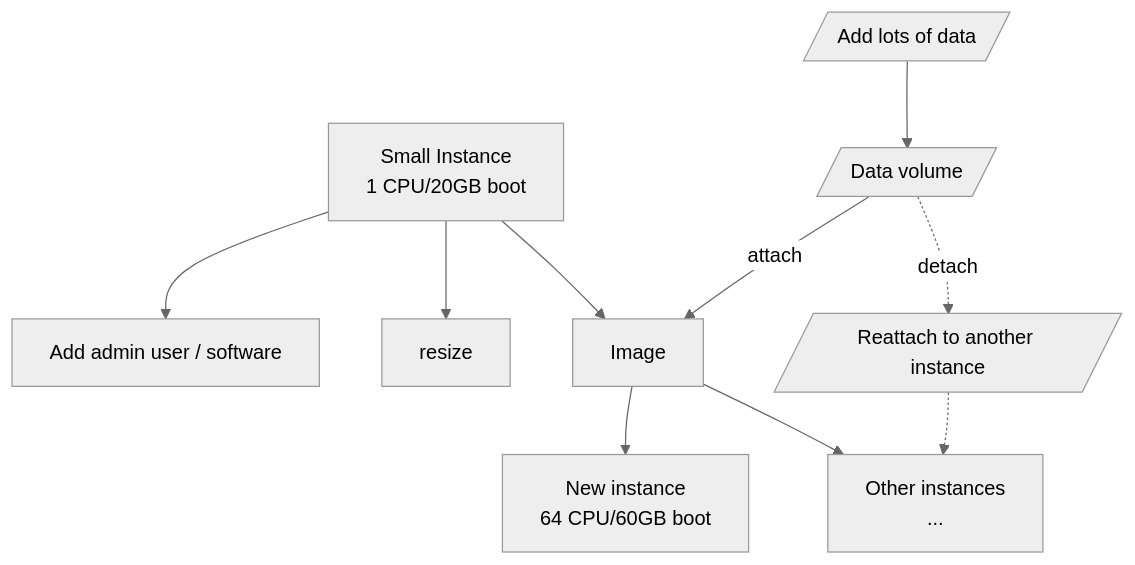
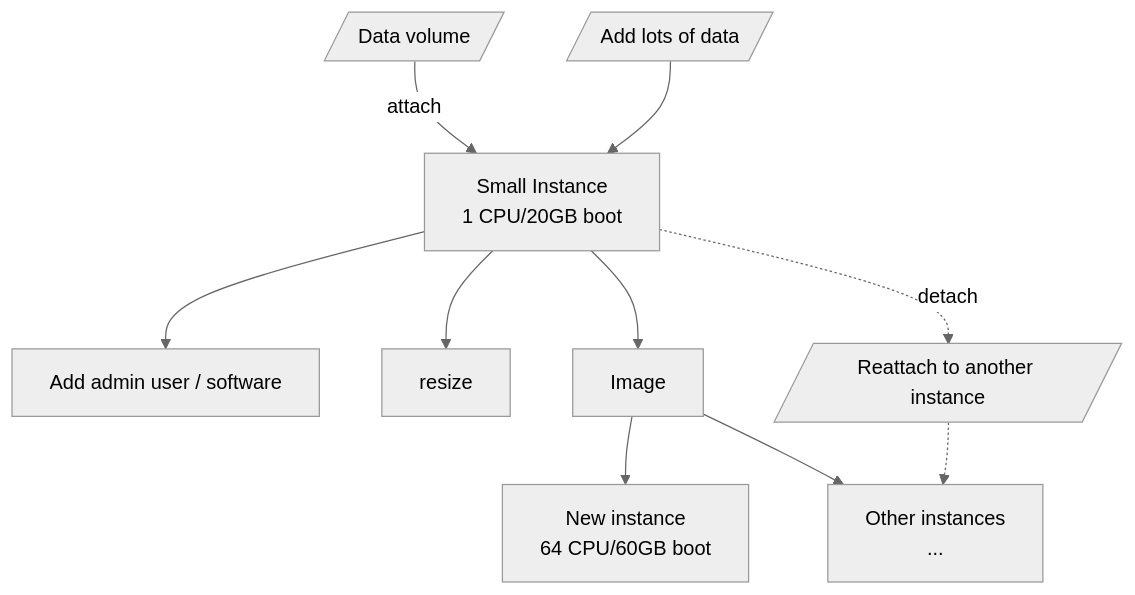
Before and after one commit to AntibodyEngineers/2024-Antibodies-and-AI: the diagram in getting-started.md, drawn with Mermaid (neutral theme).

````diff
--- a/getting-started.md
+++ b/getting-started.md
@@ -8,11 +8,11 @@
 ```mermaid
     flowchart TD
     
     A[Small Instance<br/>1 CPU/20GB boot] --> B[Add admin user / software]
     A --> I[resize]
     A --> C[Image] --> D[New instance<br/>64 CPU/60GB boot]
     E[/Data volume/]
-    E -- attach --> C
+    E -- attach --> A
     C --> H[Other instances<br/>...]
-    F[/Add lots of data/] --> E -. detach .-> G[/Reattach to another instance/] -.-> H
+    F[/Add lots of data/] --> A -. detach .-> G[/Reattach to another instance/] -.-> H
 ```
````
